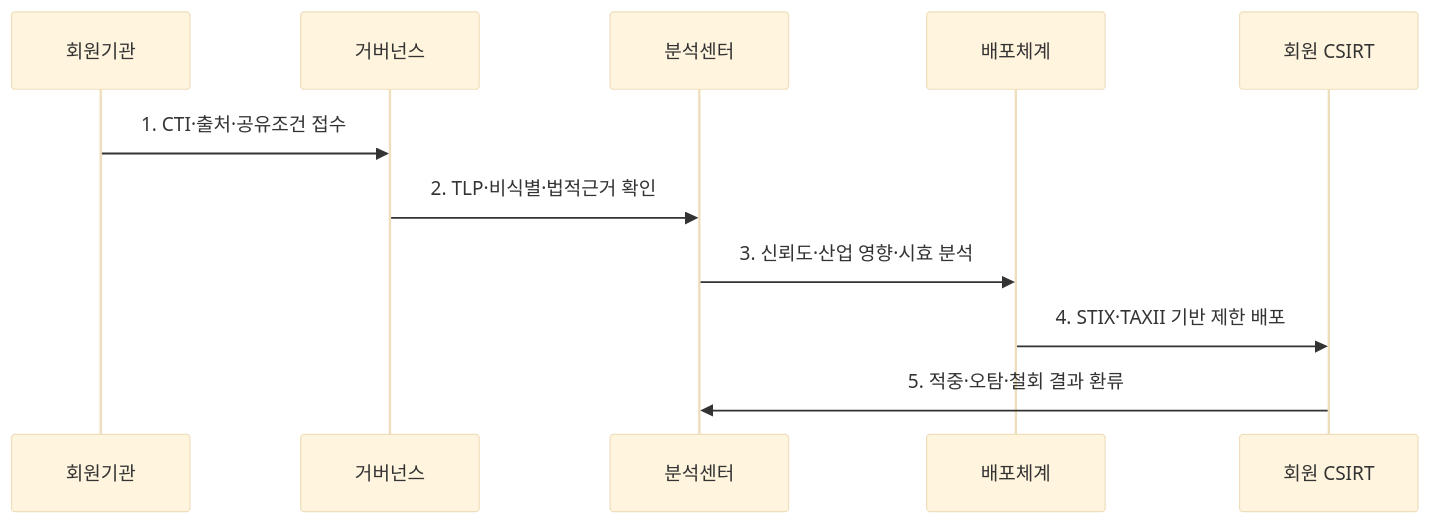
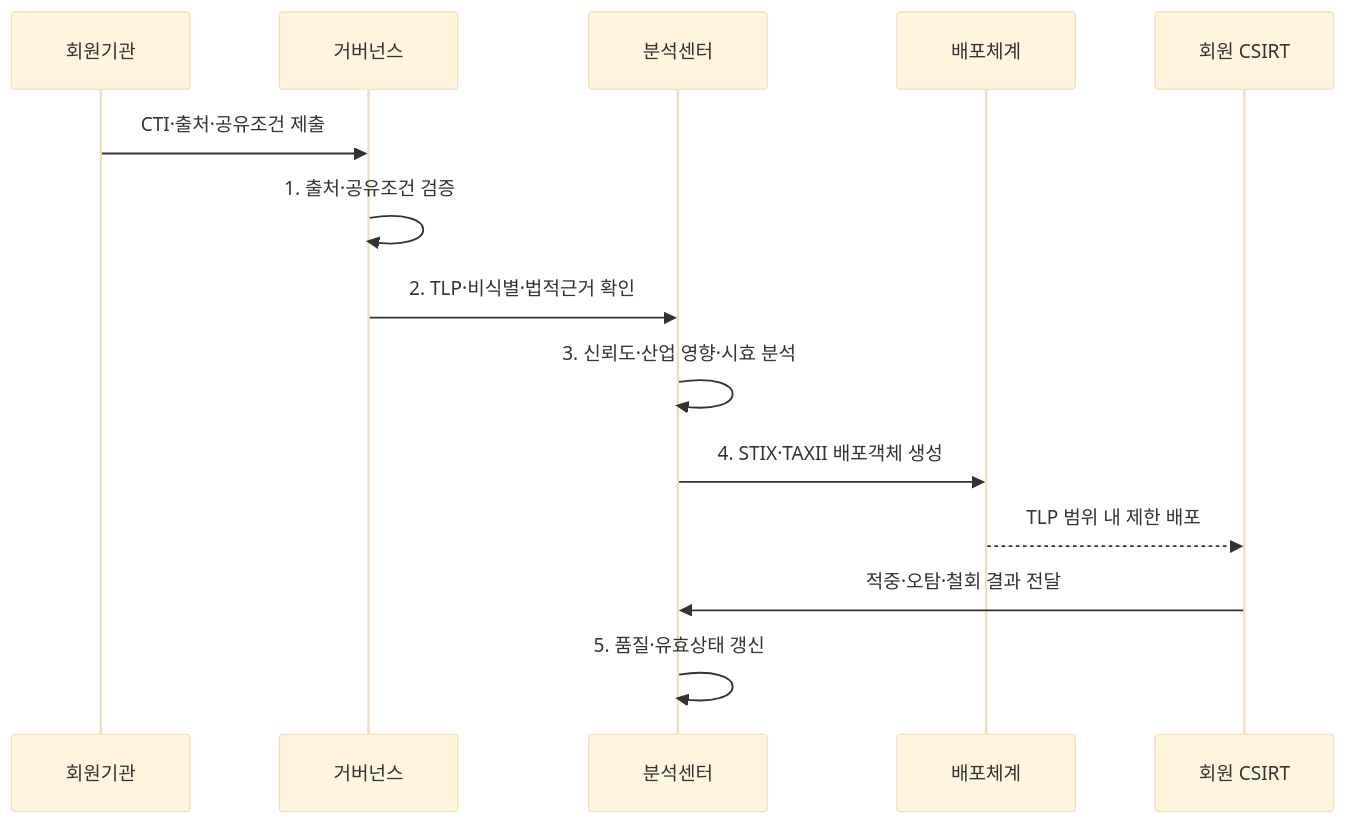
Before and after one commit to agnusdei1207/knowledge-base: the second of 2 diagrams in src/content/docs/notes/05-security/143_isac.md, drawn with Mermaid (base theme). The commit also changed other lines of this file and 7 other files, not shown here.

````diff
--- a/src/content/docs/notes/05-security/143_isac.md
+++ b/src/content/docs/notes/05-security/143_isac.md
@@ -82,13 +82,16 @@
 ```mermaid
 sequenceDiagram
   participant M as 회원기관
   participant G as 거버넌스
   participant A as 분석센터
   participant D as 배포체계
   participant R as 회원 CSIRT
-  M->>G: 1. CTI·출처·공유조건 접수
+  M->>G: CTI·출처·공유조건 제출
+  G->>G: 1. 출처·공유조건 검증
   G->>A: 2. TLP·비식별·법적근거 확인
-  A->>D: 3. 신뢰도·산업 영향·시효 분석
-  D->>R: 4. STIX·TAXII 기반 제한 배포
-  R->>A: 5. 적중·오탐·철회 결과 환류
+  A->>A: 3. 신뢰도·산업 영향·시효 분석
+  A->>D: 4. STIX·TAXII 배포객체 생성
+  D-->>R: TLP 범위 내 제한 배포
+  R->>A: 적중·오탐·철회 결과 전달
+  A->>A: 5. 품질·유효상태 갱신
 ```
````
